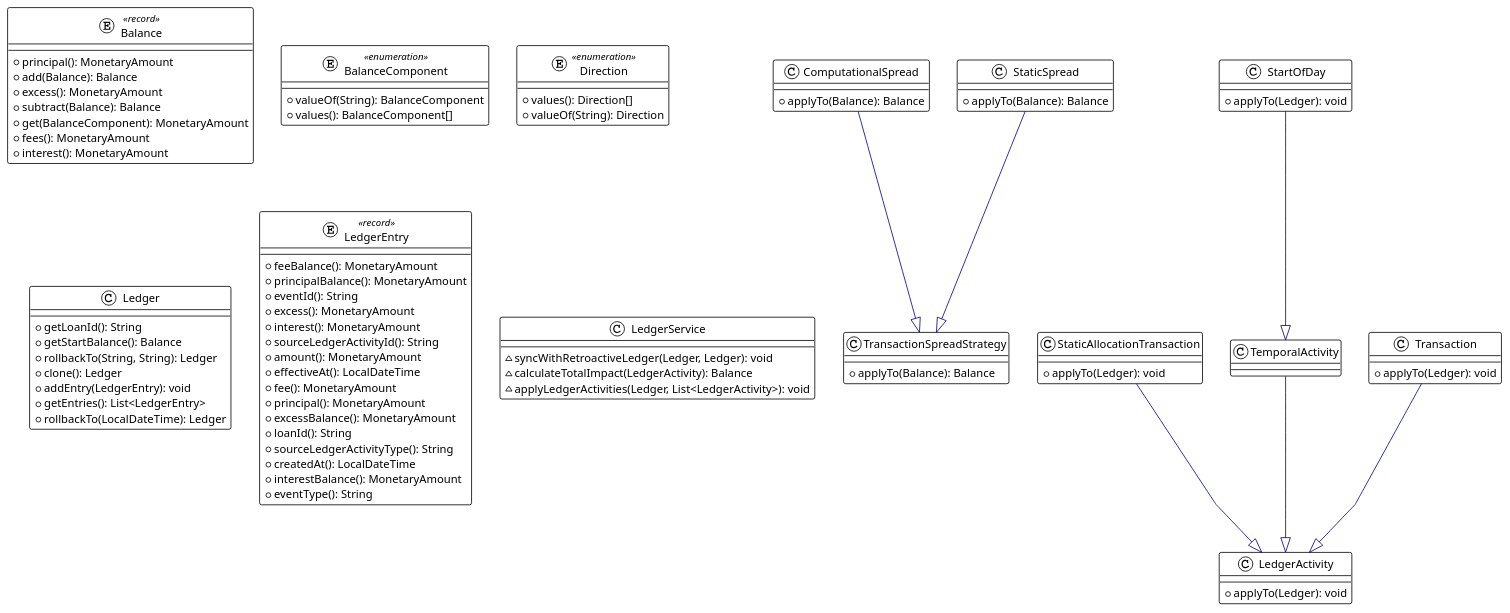
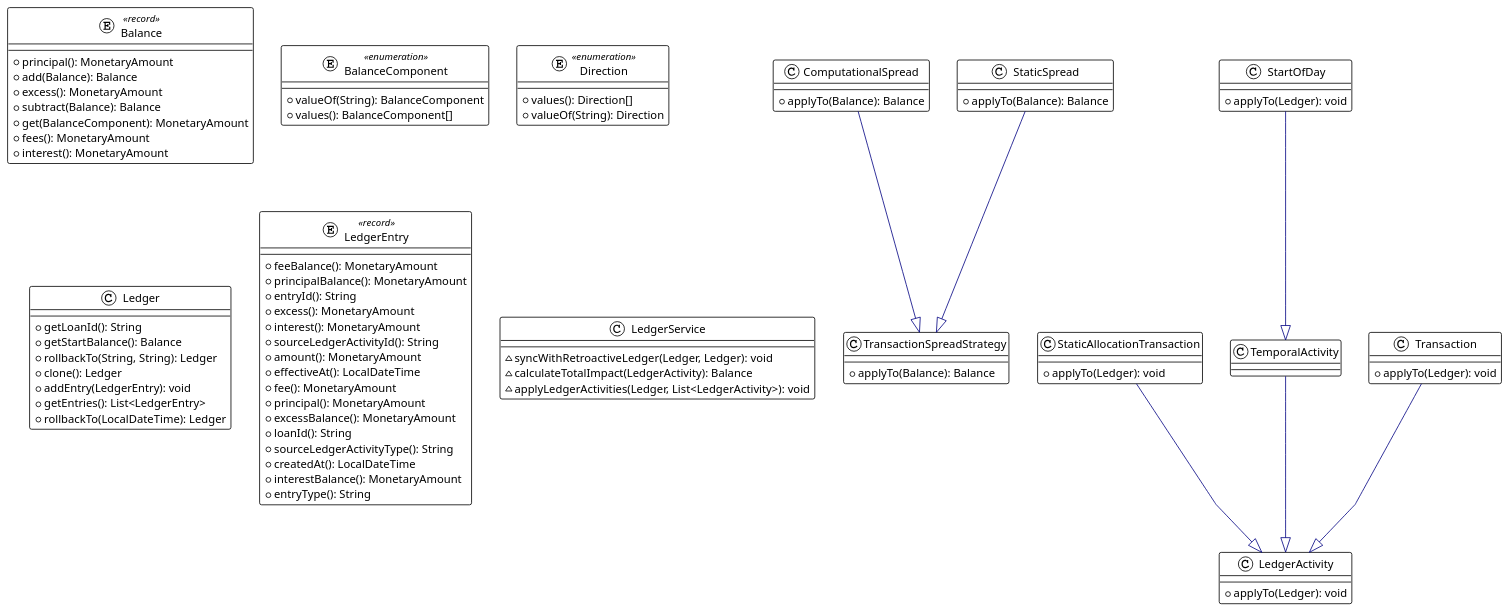
Before and after one commit to v1bh0r/precise-ledger-pro: the first of 3 diagrams in ARCHITECTURE.md, drawn with PlantUML. The commit also changed other lines of this file and 17 other files, not shown here.

```diff
--- a/ARCHITECTURE.md
+++ b/ARCHITECTURE.md
@@ -42,7 +42,7 @@
 entity LedgerEntry << record >> {
   + feeBalance(): MonetaryAmount
   + principalBalance(): MonetaryAmount
-  + eventId(): String
+  + entryId(): String
   + excess(): MonetaryAmount
   + interest(): MonetaryAmount
   + sourceLedgerActivityId(): String
@@ -55,7 +55,7 @@
   + sourceLedgerActivityType(): String
   + createdAt(): LocalDateTime
   + interestBalance(): MonetaryAmount
-  + eventType(): String
+  + entryType(): String
 }
 class LedgerService {
   ~ syncWithRetroactiveLedger(Ledger, Ledger): void
```
